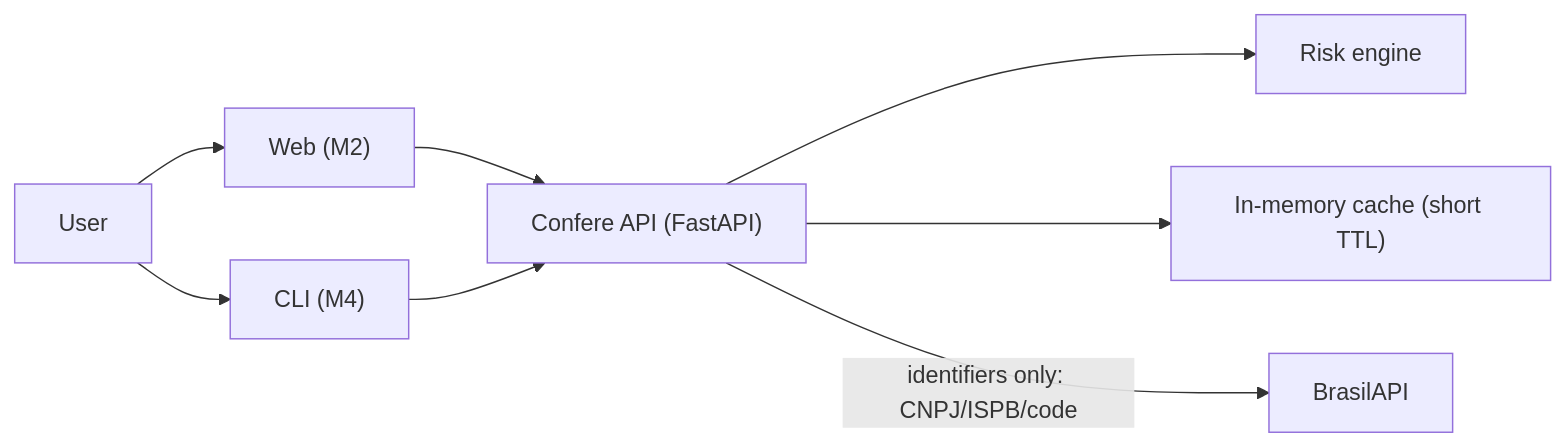
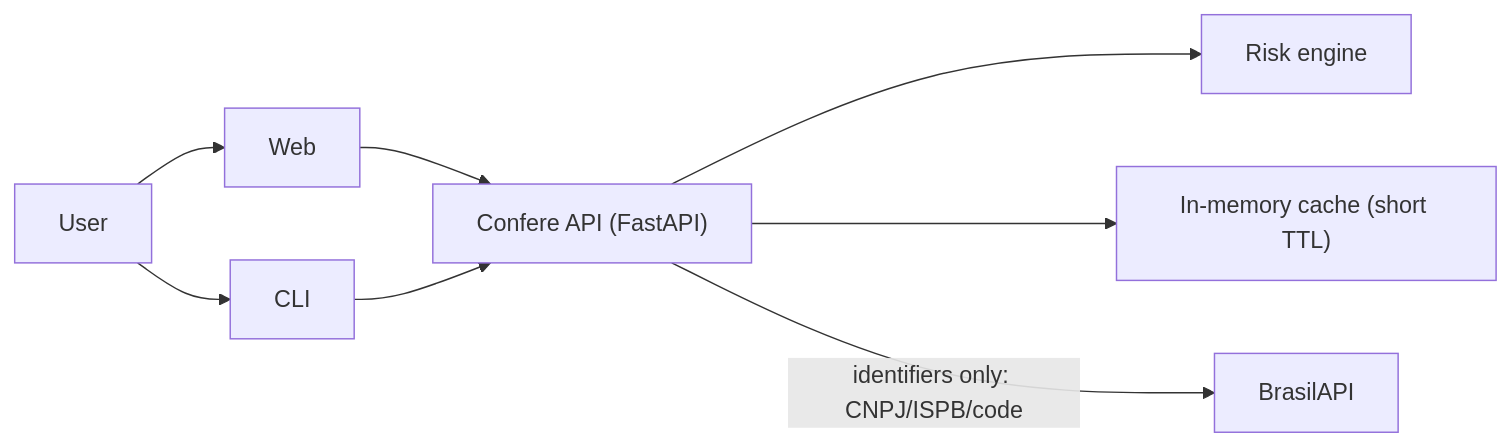
The diagram in website/i18n/en/docusaurus-plugin-content-docs/current/tecnico/arquitetura.md (EttoreCSenatore/confere), drawn with Mermaid before and after one commit. The commit also changed other lines of this file and 48 other files, not shown here.

````diff
--- a/website/i18n/en/docusaurus-plugin-content-docs/current/tecnico/arquitetura.md
+++ b/website/i18n/en/docusaurus-plugin-content-docs/current/tecnico/arquitetura.md
@@ -10,10 +10,10 @@
 ```mermaid
 flowchart LR
-  U["User"] --> W["Web (M2)"]
-  U --> C["CLI (M4)"]
+  U["User"] --> W["Web"]
+  U --> C["CLI"]
   W --> A["Confere API (FastAPI)"]
   C --> A
   A --> R["Risk engine"]
   A --> K["In-memory cache (short TTL)"]
   A -->|"identifiers only: CNPJ/ISPB/code"| B["BrasilAPI"]
 ```
````
